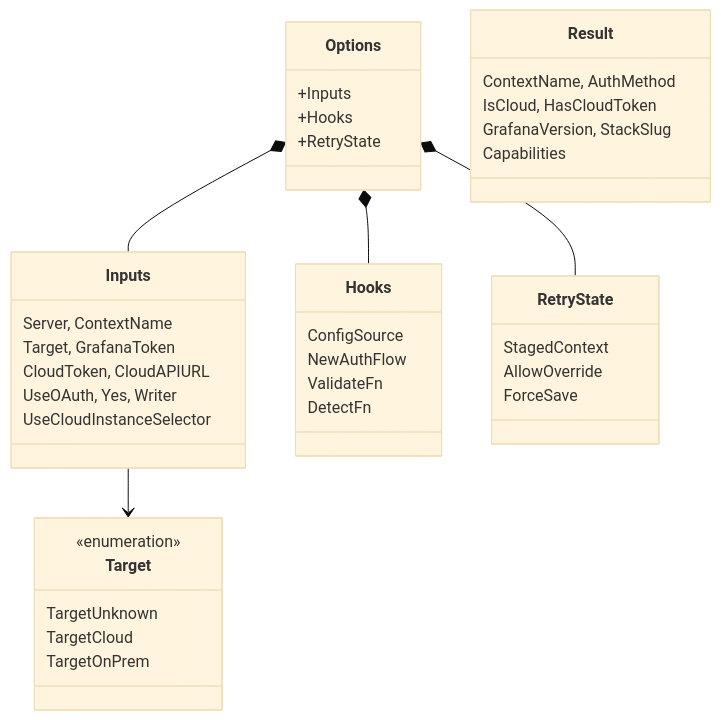
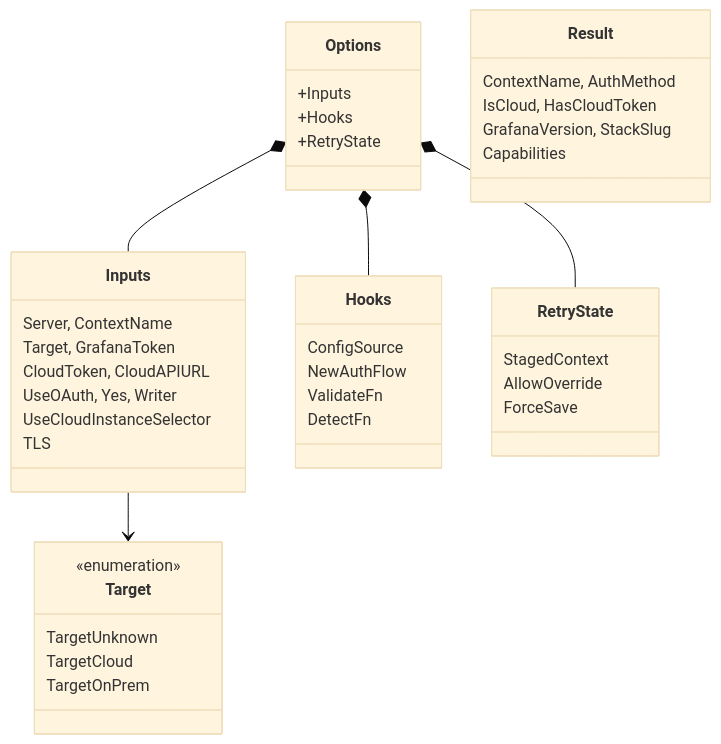
The second of 4 diagrams in docs/architecture/login-system.md (aposnov/gcx), drawn with Mermaid (base theme) before and after one commit. The commit also changed other lines of this file and 14 other files, not shown here.

````diff
--- a/docs/architecture/login-system.md
+++ b/docs/architecture/login-system.md
@@ -37,43 +37,44 @@
 ```mermaid
 classDiagram
     class Options {
         +Inputs
         +Hooks
         +RetryState
     }
     class Inputs {
         Server, ContextName
         Target, GrafanaToken
         CloudToken, CloudAPIURL
         UseOAuth, Yes, Writer
         UseCloudInstanceSelector
+        TLS
     }
     class Hooks {
         ConfigSource
         NewAuthFlow
         ValidateFn
         DetectFn
     }
     class RetryState {
         StagedContext
         AllowOverride
         ForceSave
     }
     class Target {
         <<enumeration>>
         TargetUnknown
         TargetCloud
         TargetOnPrem
     }
     class Result {
         ContextName, AuthMethod
         IsCloud, HasCloudToken
         GrafanaVersion, StackSlug
         Capabilities
     }
 
     Options *-- Inputs
     Options *-- Hooks
     Options *-- RetryState
     Inputs --> Target
 ```
````
